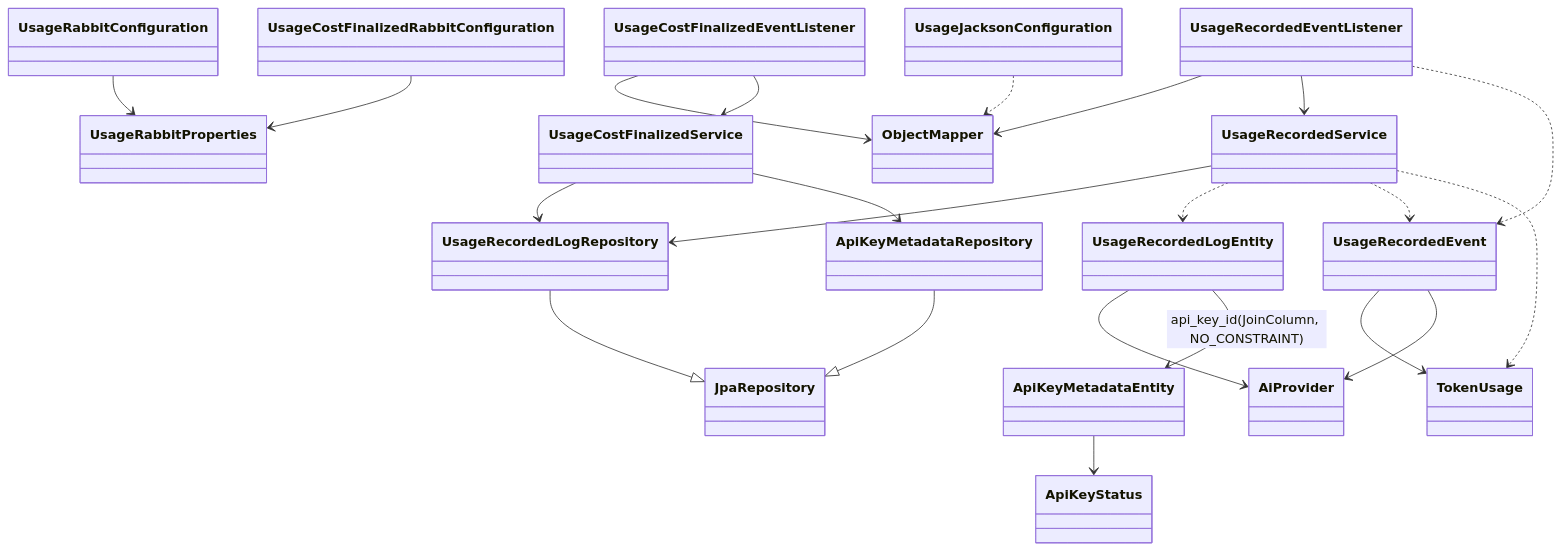
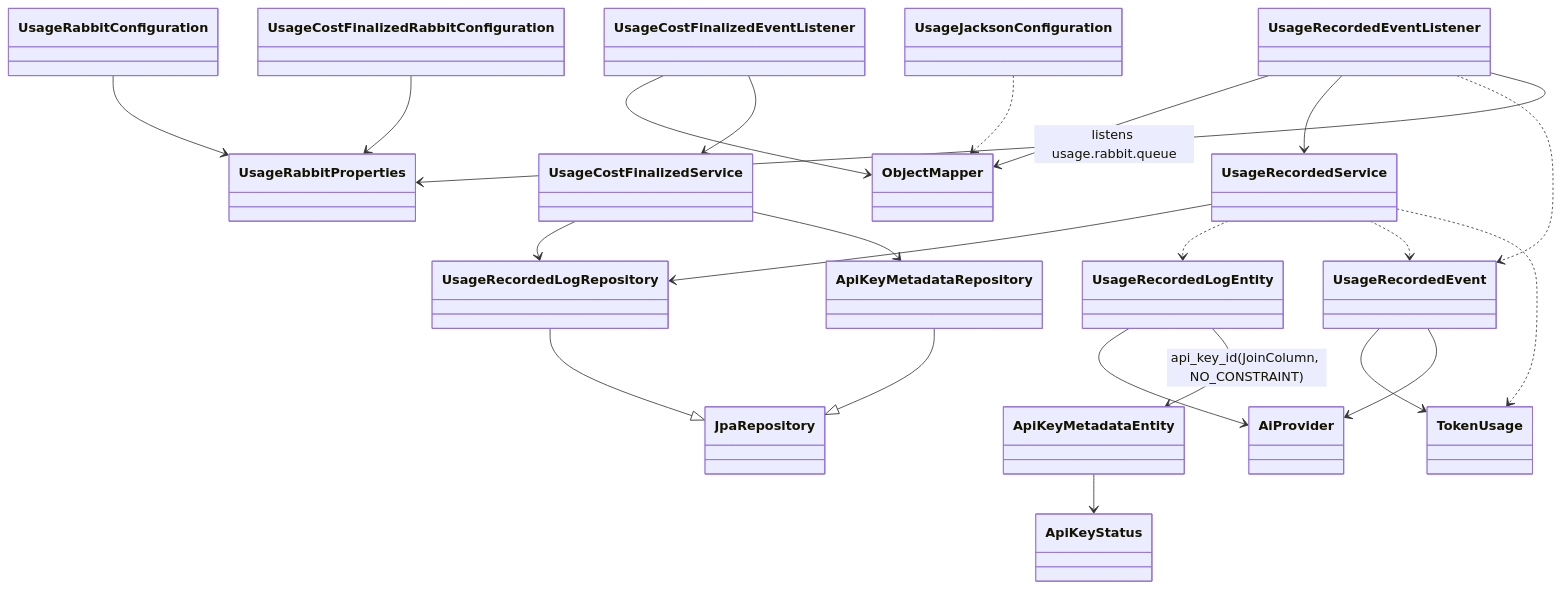
One commit to Zero-Bug-Freinds/ai-api-usage-monitor changed the sixth of 10 diagrams in docs/class-diagram.md. Above: the diagram before and after it, drawn with Mermaid. The commit also changed other lines of this file and 8 other files, not shown here.

````diff
--- a/docs/class-diagram.md
+++ b/docs/class-diagram.md
@@ -237,45 +241,46 @@
 ```mermaid
 classDiagram
 direction TB
 
 class UsageRecordedEventListener
 class UsageRecordedService
 class UsageRecordedLogRepository
 class UsageRecordedLogEntity
 class ApiKeyMetadataRepository
 class ApiKeyMetadataEntity
 class ApiKeyStatus
 class JpaRepository
 class UsageRabbitConfiguration
 class UsageCostFinalizedRabbitConfiguration
 class UsageRabbitProperties
 class UsageJacksonConfiguration
 class ObjectMapper
 class UsageRecordedEvent
 class UsageCostFinalizedEventListener
 class UsageCostFinalizedService
 class TokenUsage
 class AiProvider
 
 UsageJacksonConfiguration ..> ObjectMapper
 UsageRecordedEventListener --> ObjectMapper
 UsageRecordedEventListener --> UsageRecordedService
 UsageRecordedEventListener ..> UsageRecordedEvent
+UsageRecordedEventListener --> UsageRabbitProperties : listens usage.rabbit.queue
 UsageCostFinalizedEventListener --> ObjectMapper
 UsageCostFinalizedEventListener --> UsageCostFinalizedService
 UsageRecordedService --> UsageRecordedLogRepository
 UsageRecordedService ..> UsageRecordedLogEntity
 UsageRecordedService ..> UsageRecordedEvent
 UsageRecordedService ..> TokenUsage
 UsageCostFinalizedService --> UsageRecordedLogRepository
 UsageCostFinalizedService --> ApiKeyMetadataRepository
 UsageRecordedLogRepository --|> JpaRepository
 ApiKeyMetadataRepository --|> JpaRepository
 UsageRecordedLogEntity --> AiProvider
 UsageRecordedLogEntity --> ApiKeyMetadataEntity : api_key_id(JoinColumn, NO_CONSTRAINT)
 ApiKeyMetadataEntity --> ApiKeyStatus
 UsageRabbitConfiguration --> UsageRabbitProperties
 UsageCostFinalizedRabbitConfiguration --> UsageRabbitProperties
 UsageRecordedEvent --> TokenUsage
 UsageRecordedEvent --> AiProvider
 ```
````
